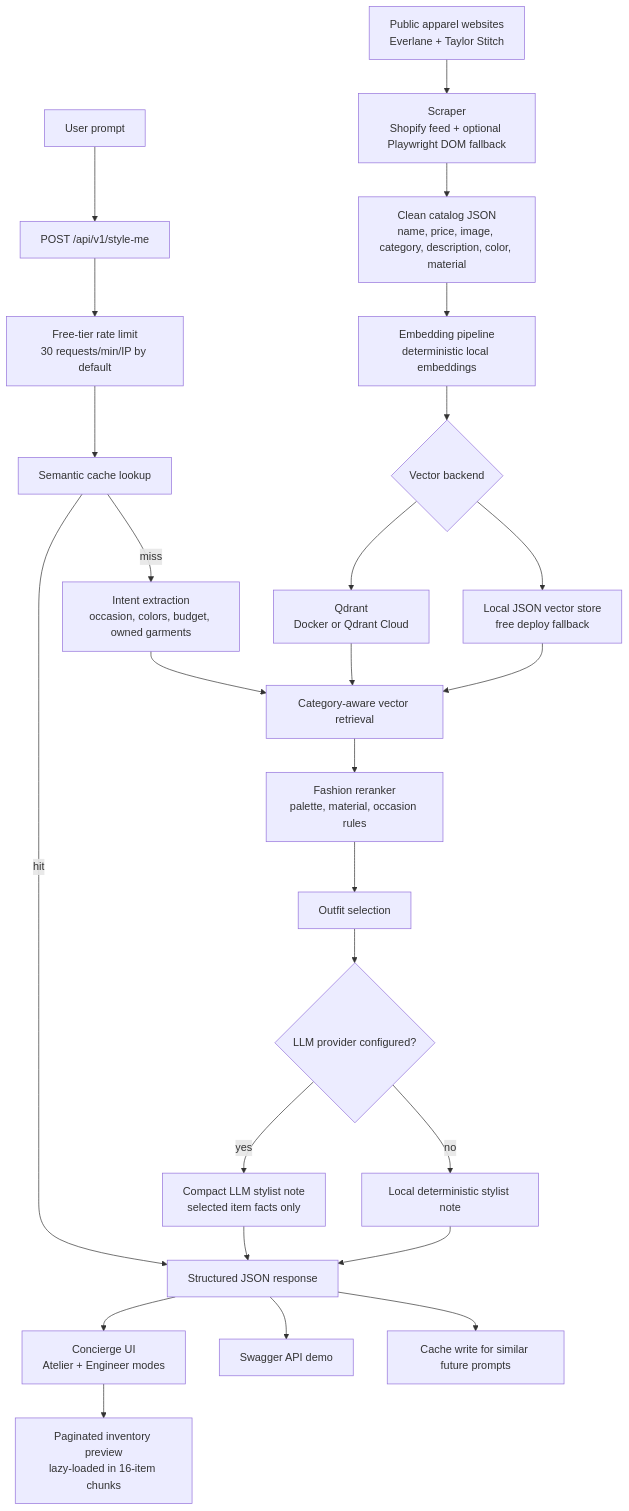
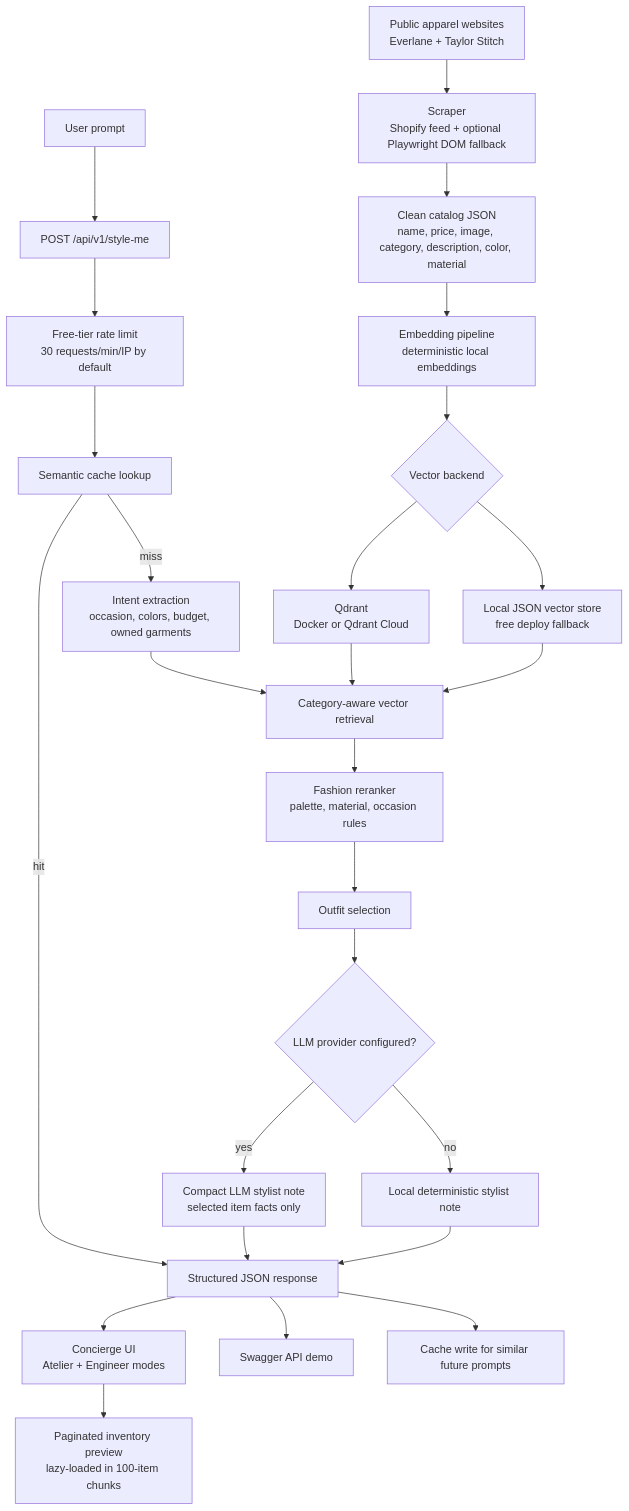
Before and after one commit to RUiNtheExtinct/quickeee-luxury-stylist-concierge: the diagram in SYSTEM_FLOW.md, drawn with Mermaid. The commit also changed 13 other files, not shown here.

````diff
--- a/SYSTEM_FLOW.md
+++ b/SYSTEM_FLOW.md
@@ -3,28 +3,28 @@
 ```mermaid
 flowchart TD
     A["Public apparel websites<br/>Everlane + Taylor Stitch"] --> B["Scraper<br/>Shopify feed + optional Playwright DOM fallback"]
     B --> C["Clean catalog JSON<br/>name, price, image, category, description, color, material"]
     C --> D["Embedding pipeline<br/>deterministic local embeddings"]
     D --> E{"Vector backend"}
     E --> F["Qdrant<br/>Docker or Qdrant Cloud"]
     E --> G["Local JSON vector store<br/>free deploy fallback"]
     H["User prompt"] --> I["POST /api/v1/style-me"]
     I --> U["Free-tier rate limit<br/>30 requests/min/IP by default"]
     U --> J["Semantic cache lookup"]
     J -->|hit| R["Structured JSON response"]
     J -->|miss| K["Intent extraction<br/>occasion, colors, budget, owned garments"]
     K --> L["Category-aware vector retrieval"]
     F --> L
     G --> L
     L --> M["Fashion reranker<br/>palette, material, occasion rules"]
     M --> N["Outfit selection"]
     N --> O{"LLM provider configured?"}
     O -->|yes| P["Compact LLM stylist note<br/>selected item facts only"]
     O -->|no| Q["Local deterministic stylist note"]
     P --> R
     Q --> R
     R --> S["Concierge UI<br/>Atelier + Engineer modes"]
-    S --> W["Paginated inventory preview<br/>lazy-loaded in 16-item chunks"]
+    S --> W["Paginated inventory preview<br/>lazy-loaded in 100-item chunks"]
     R --> V["Swagger API demo"]
     R --> T["Cache write for similar future prompts"]
 ```
````
